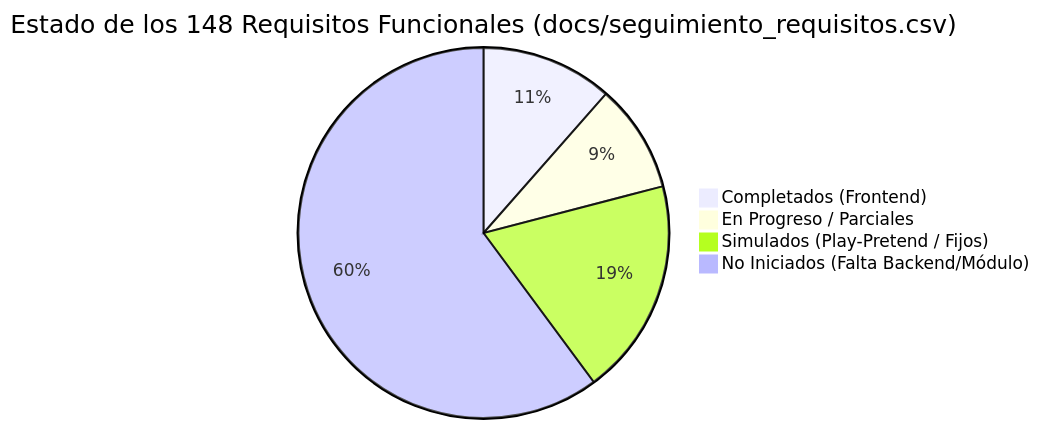
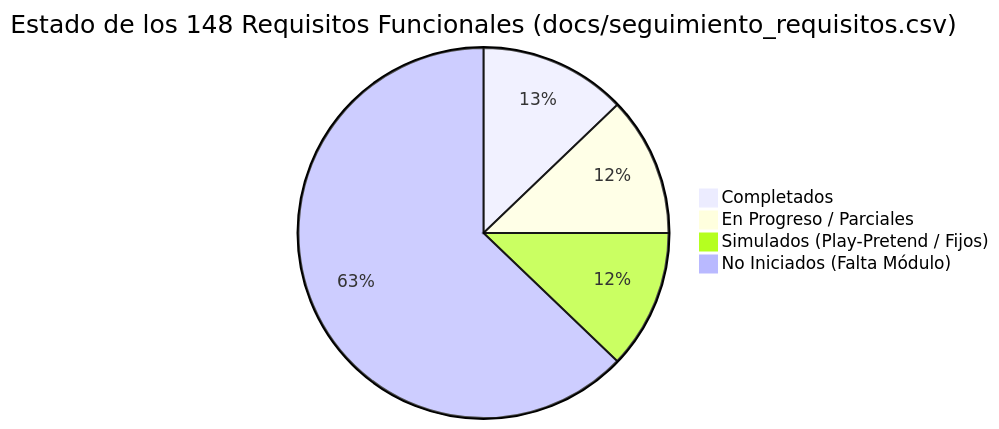
One commit to MatthewR54/Vivero changed the first of 2 diagrams in ROADMAP.md. Above: the diagram before and after it, drawn with Mermaid. The commit also changed other lines of this file and 6 other files, not shown here.

````diff
--- a/ROADMAP.md
+++ b/ROADMAP.md
@@ -11,7 +11,7 @@
 ```mermaid
 pie title Estado de los 148 Requisitos Funcionales (docs/seguimiento_requisitos.csv)
-    "Completados (Frontend)" : 17
-    "En Progreso / Parciales" : 14
-    "Simulados (Play-Pretend / Fijos)" : 28
-    "No Iniciados (Falta Backend/Módulo)" : 89
+    "Completados" : 19
+    "En Progreso / Parciales" : 18
+    "Simulados (Play-Pretend / Fijos)" : 18
+    "No Iniciados (Falta Módulo)" : 93
 ```
````
